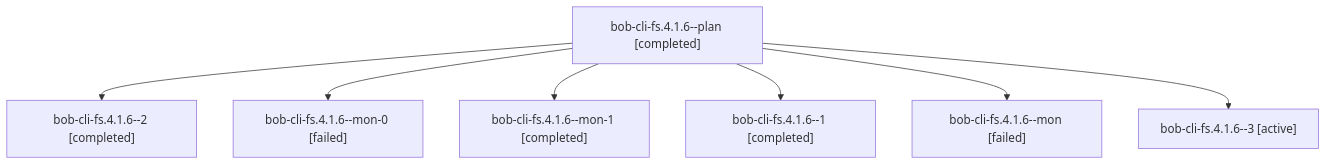
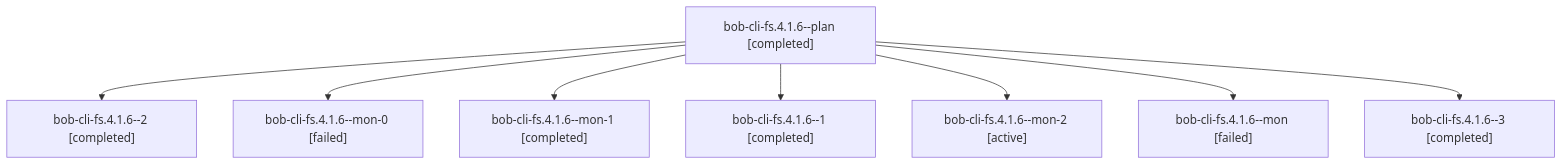
The diagram in sessions/bbugyi200.athena.bob-cli-fs.4.1.6.md (bobs-org/bob-cli--agents), drawn with Mermaid before and after one commit. The commit also changed other lines of this file and 78 other files, not shown here.

````diff
--- a/sessions/bbugyi200.athena.bob-cli-fs.4.1.6.md
+++ b/sessions/bbugyi200.athena.bob-cli-fs.4.1.6.md
@@ -9,16 +9,18 @@
 ```mermaid
 flowchart TD
   n0["bob-cli-fs.4.1.6--plan [completed]"]
   n1["bob-cli-fs.4.1.6--2 [completed]"]
   n0 --> n1
   n2["bob-cli-fs.4.1.6--mon-0 [failed]"]
   n0 --> n2
   n3["bob-cli-fs.4.1.6--mon-1 [completed]"]
   n0 --> n3
   n4["bob-cli-fs.4.1.6--1 [completed]"]
   n0 --> n4
-  n5["bob-cli-fs.4.1.6--mon [failed]"]
+  n5["bob-cli-fs.4.1.6--mon-2 [active]"]
   n0 --> n5
-  n6["bob-cli-fs.4.1.6--3 [active]"]
+  n6["bob-cli-fs.4.1.6--mon [failed]"]
   n0 --> n6
+  n7["bob-cli-fs.4.1.6--3 [completed]"]
+  n0 --> n7
 ```
````
